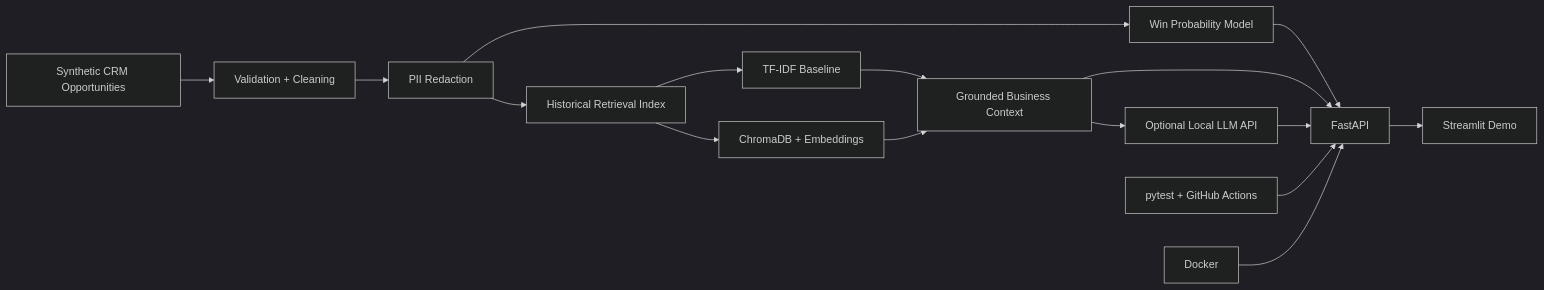
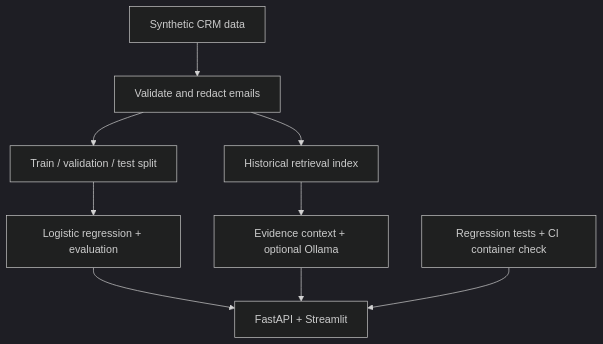
The diagram in README.md (aliziyadmd-1115/ai-sales-pipeline-intelligence), drawn with Mermaid (dark theme) before and after one commit. The commit also changed other lines of this file and 48 other files, not shown here.

Commit message:
Improve data validation, evaluation, and RAG reliability

````diff
--- a/README.md
+++ b/README.md
@@ -46,18 +29,11 @@
 ```mermaid
-flowchart LR
-    A[Synthetic CRM Opportunities] --> B[Validation + Cleaning]
-    B --> C[PII Redaction]
-    C --> D[Win Probability Model]
-    C --> E[Historical Retrieval Index]
-    E --> F[TF-IDF Baseline]
-    E --> G[ChromaDB + Embeddings]
-    F --> H[Grounded Business Context]
-    G --> H
-    H --> I[Optional Local LLM API]
-    D --> J[FastAPI]
-    H --> J
-    I --> J
-    J --> K[Streamlit Demo]
-    L[pytest + GitHub Actions] --> J
-    M[Docker] --> J
+flowchart TD
+    A["Synthetic CRM data"] --> B["Validate and redact emails"]
+    B --> C["Train / validation / test split"]
+    C --> D["Logistic regression + evaluation"]
+    B --> E["Historical retrieval index"]
+    E --> F["Evidence context + optional Ollama"]
+    D --> G["FastAPI + Streamlit"]
+    F --> G
+    H["Regression tests + CI container check"] --> G
 ```
````
